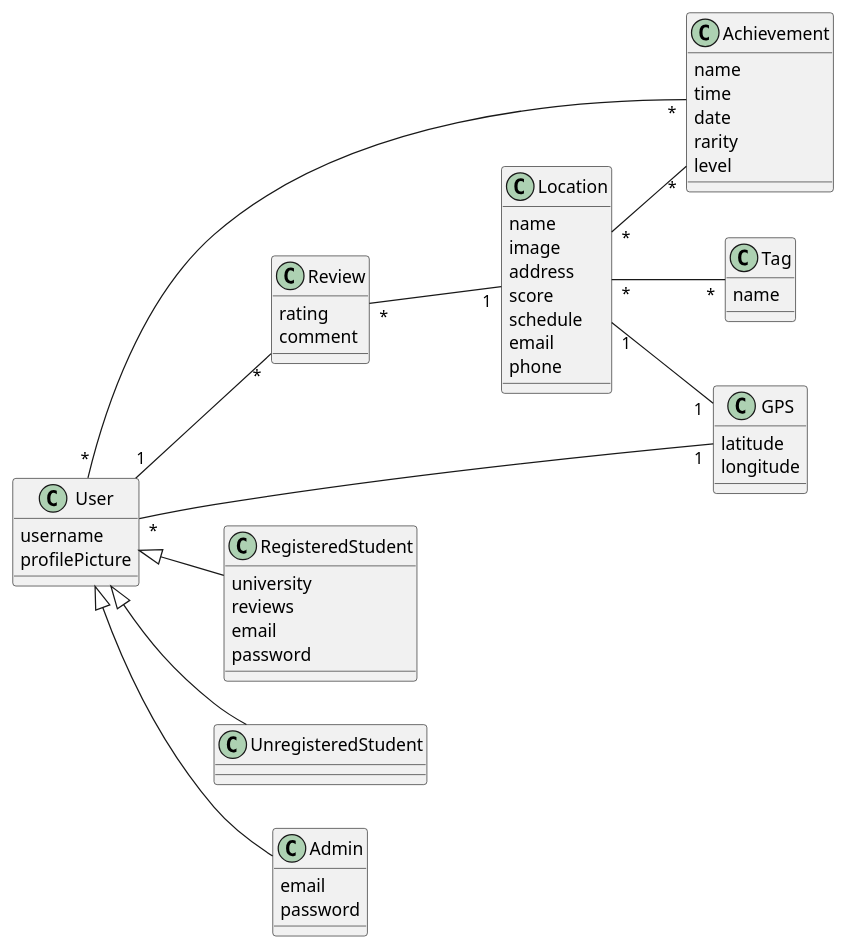
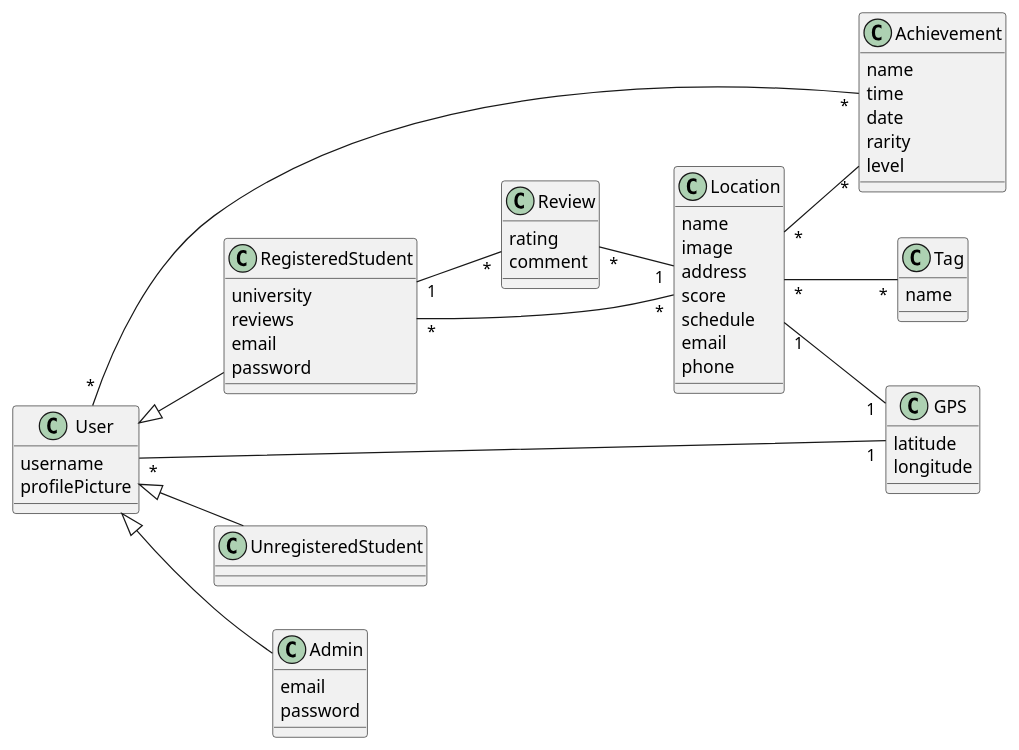
The diagram in docs/UML/domain_model.plantuml (FEUP-LEIC-ES-2023-24/2LEIC18T4), drawn with PlantUML before and after one commit. The commit also changed 1 other file, not shown here.

```diff
--- a/docs/UML/domain_model.plantuml
+++ b/docs/UML/domain_model.plantuml
@@ -1,68 +1,69 @@
 @startuml study@
 left to right direction
 
 class User {
     username
     profilePicture
 }
 
 class Review {
     rating
     comment
 }
 
 class Location {
     name
     image
     address
     score
     schedule
     email
     phone
 }
 
 class Achievement {
     name
     time
     date 
     rarity
     level
 }
 
 class Tag {
     name 
 }
 
 class GPS {
     latitude
     longitude
 }
 
 class RegisteredStudent {
     university
     reviews
     email
     password
 }
 
 class UnregisteredStudent {}
 
 class Admin {
     email
     password
 }
 
 
-User "1" -- "*" Review
+RegisteredStudent "1" -- "*" Review
+RegisteredStudent "*" -- "*" Location
 Location "*" -- "*" Tag
 Review "*" -- "1" Location
 User "*" -- "*" Achievement
 Location "*" -- "*" Achievement
 User "*" -- "1" GPS
 Location "1" -- "1" GPS
 User <|-- RegisteredStudent
 User <|-- UnregisteredStudent
 User <|-- Admin
 
 
 @enduml
```
